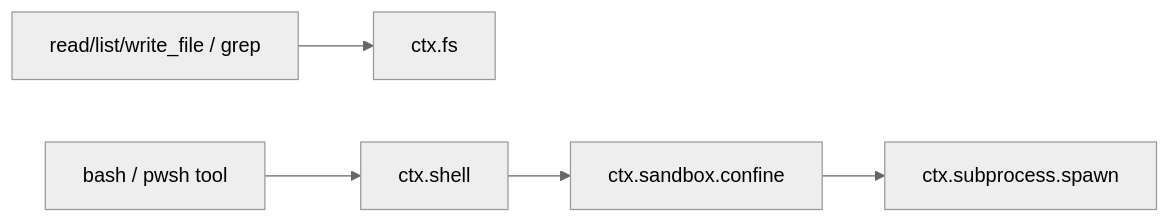
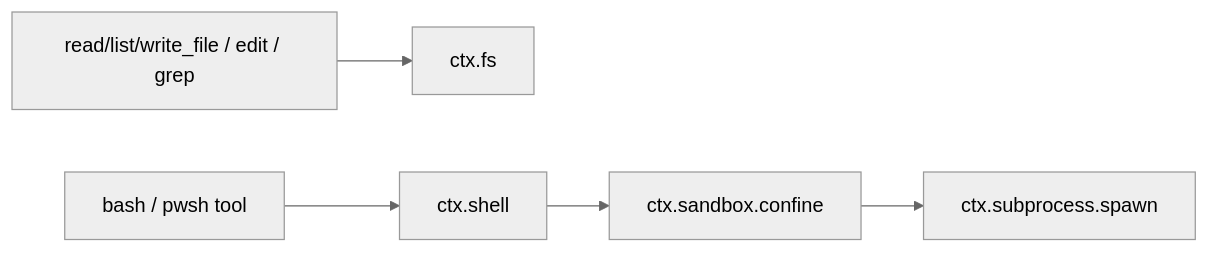
The third of 4 diagrams in docs/技术架构.md (lobster-bujiaban/lob-harness), drawn with Mermaid (neutral theme) before and after one commit. The commit also changed 20 other files, not shown here.

````diff
--- a/docs/技术架构.md
+++ b/docs/技术架构.md
@@ -113,7 +113,7 @@
 ```mermaid
 flowchart LR
-  fileTools["read/list/write_file / grep"] --> fs["ctx.fs"]
+  fileTools["read/list/write_file / edit / grep"] --> fs["ctx.fs"]
   bash["bash / pwsh tool"] --> shell["ctx.shell"]
   shell --> sandbox["ctx.sandbox.confine"]
   sandbox --> subprocess["ctx.subprocess.spawn"]
 ```
````
